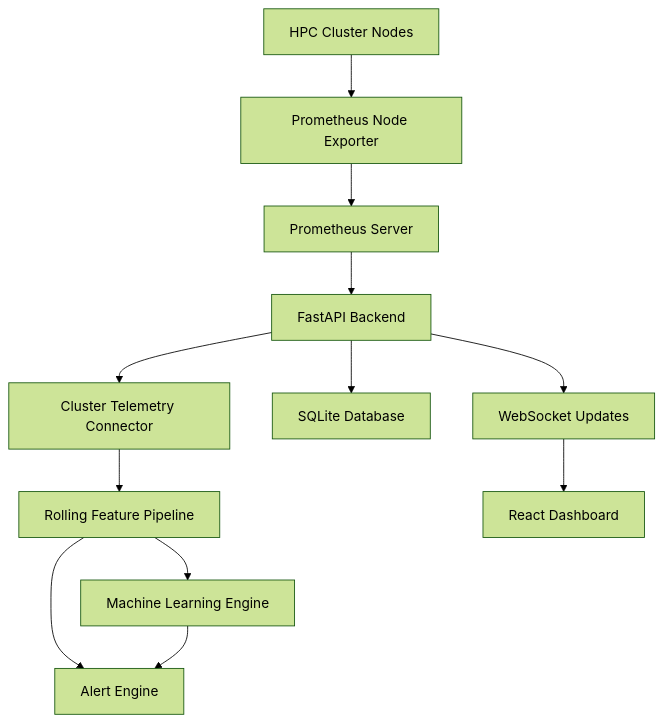
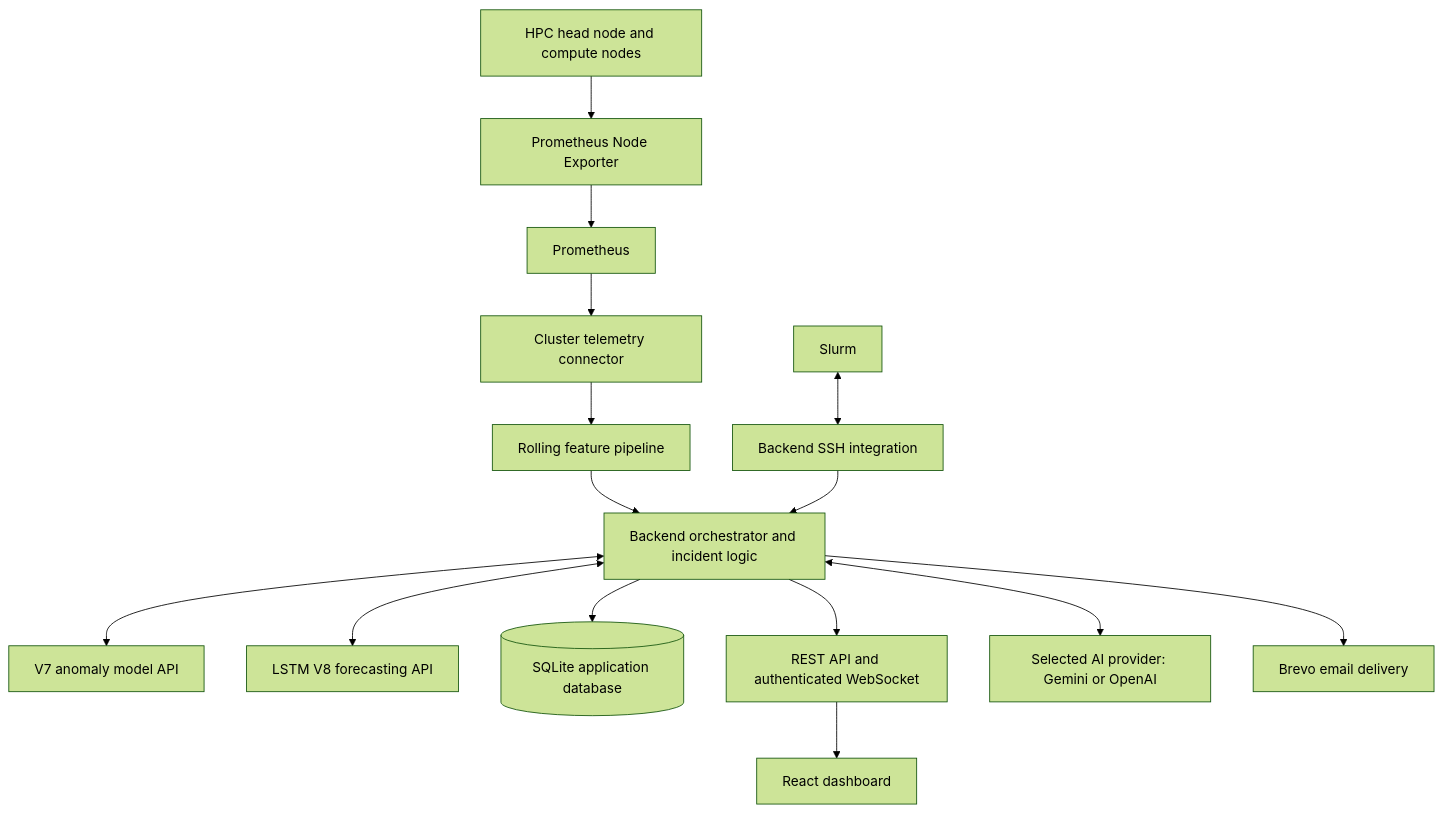
The diagram in README.md (PatDevWorks/HPC-Cluster-Monitoring-Dashboard), drawn with Mermaid (forest theme) before and after one commit. The commit also changed other lines of this file, not shown here.

````diff
--- a/README.md
+++ b/README.md
@@ -119,14 +102,17 @@
 ```mermaid
 flowchart TD
-    A[HPC Cluster Nodes] --> B[Prometheus Node Exporter]
-    B --> C[Prometheus Server]
-    C --> D[FastAPI Backend]
-    D --> E[Cluster Telemetry Connector]
-    E --> F[Rolling Feature Pipeline]
-    F --> G[Machine Learning Engine]
-    F --> H[Alert Engine]
-    G --> H
-    D --> I[SQLite Database]
-    D --> J[WebSocket Updates]
-    J --> K[React Dashboard]
+    N[HPC head node and compute nodes] --> E[Prometheus Node Exporter]
+    E --> P[Prometheus]
+    P --> C[Cluster telemetry connector]
+    C --> F[Rolling feature pipeline]
+    F --> O[Backend orchestrator and incident logic]
+    O <--> V7[V7 anomaly model API]
+    O <--> L8[LSTM V8 forecasting API]
+    O --> DB[(SQLite application database)]
+    O --> WS[REST API and authenticated WebSocket]
+    WS --> UI[React dashboard]
+    S[Slurm] <--> SSH[Backend SSH integration]
+    SSH --> O
+    O <--> AI[Selected AI provider: Gemini or OpenAI]
+    O --> MAIL[Brevo email delivery]
 ```
````
